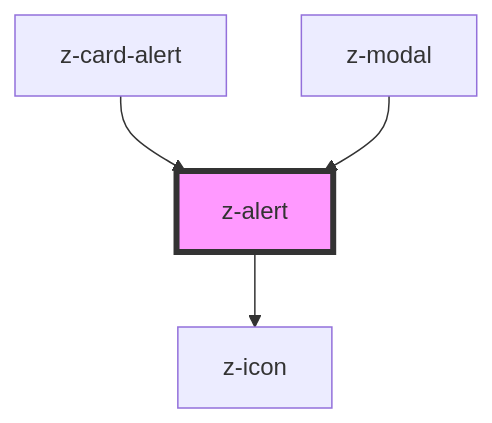
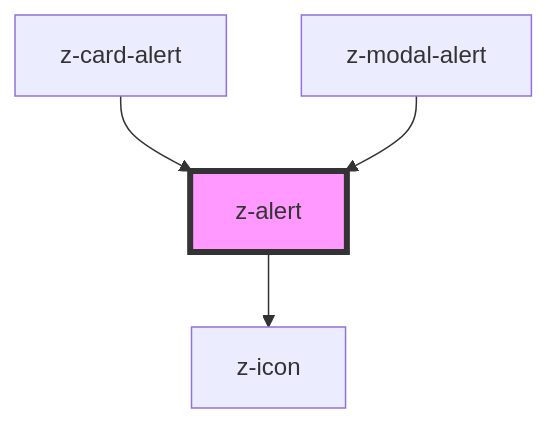
The diagram in src/components/notification/z-alert/readme.md (ZanichelliEditore/design-system), drawn with Mermaid before and after one commit. The commit also changed other lines of this file and 3 other files, not shown here.

````diff
--- a/src/components/notification/z-alert/readme.md
+++ b/src/components/notification/z-alert/readme.md
@@ -45,7 +45,7 @@
 ```mermaid
 graph TD;
   z-alert --> z-icon
   z-card-alert --> z-alert
-  z-modal --> z-alert
+  z-modal-alert --> z-alert
   style z-alert fill:#f9f,stroke:#333,stroke-width:4px
 ```
````
